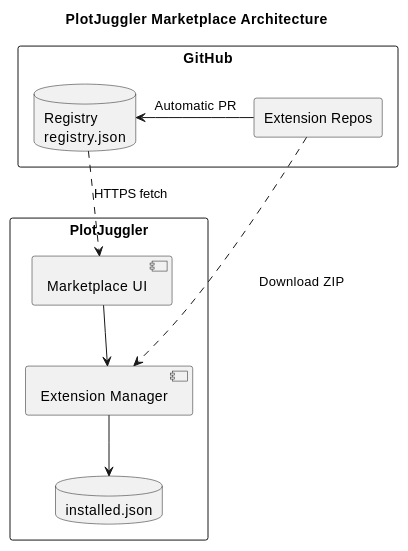
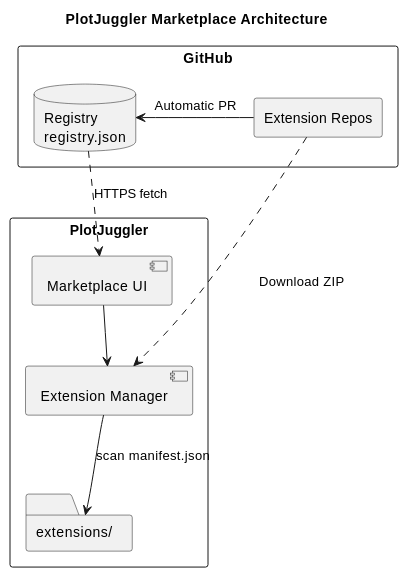
Before and after one commit to PlotJuggler/plotjuggler_core: the first of 4 diagrams in pj_marketplace/documentation/ARCHITECTURE.md, drawn with PlantUML. The commit also changed other lines of this file and 1 other file, not shown here.

First line of the commit message:
docs(marketplace): sync REQUIREMENTS and ARCHITECTURE with current implementation

````diff
--- a/pj_marketplace/documentation/ARCHITECTURE.md
+++ b/pj_marketplace/documentation/ARCHITECTURE.md
@@ -18,25 +18,25 @@
 ```plantuml
 @startuml
 skinparam backgroundColor white
 
 title PlotJuggler Marketplace Architecture
 
 rectangle "GitHub" {
   database "Registry\nregistry.json" as reg
   rectangle "Extension Repos" as ext
   ext -right-> reg : Automatic PR
 }
 
 rectangle "PlotJuggler" {
   component "Marketplace UI" as ui
   component "Extension Manager" as em
-  database "installed.json" as local
+  folder "extensions/" as local
   ui --> em
-  em --> local
+  em --> local : scan manifest.json
 }
 
 reg ..> ui : HTTPS fetch
 ext ..> em : Download ZIP
 
 @enduml
 ```
````
